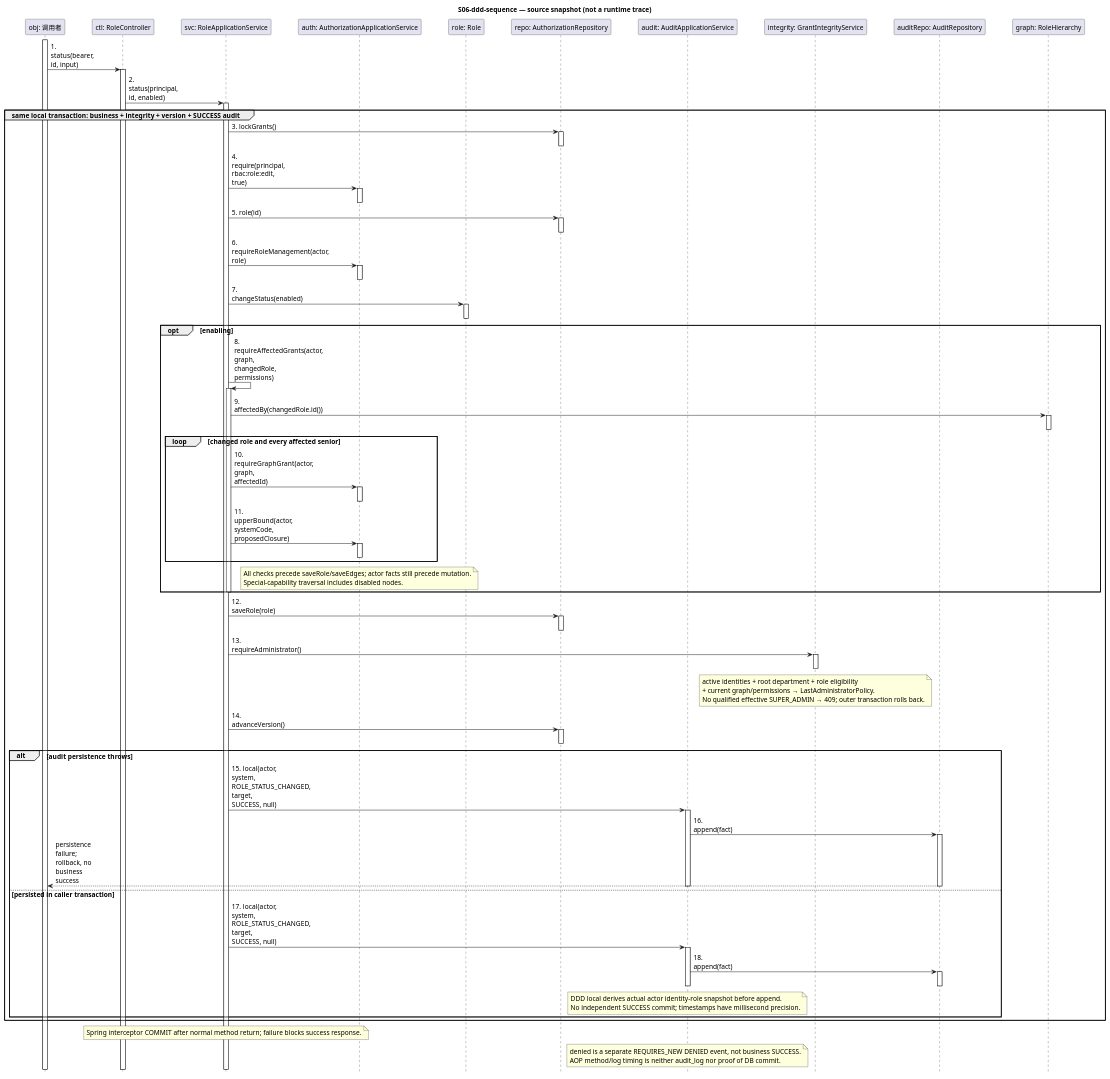
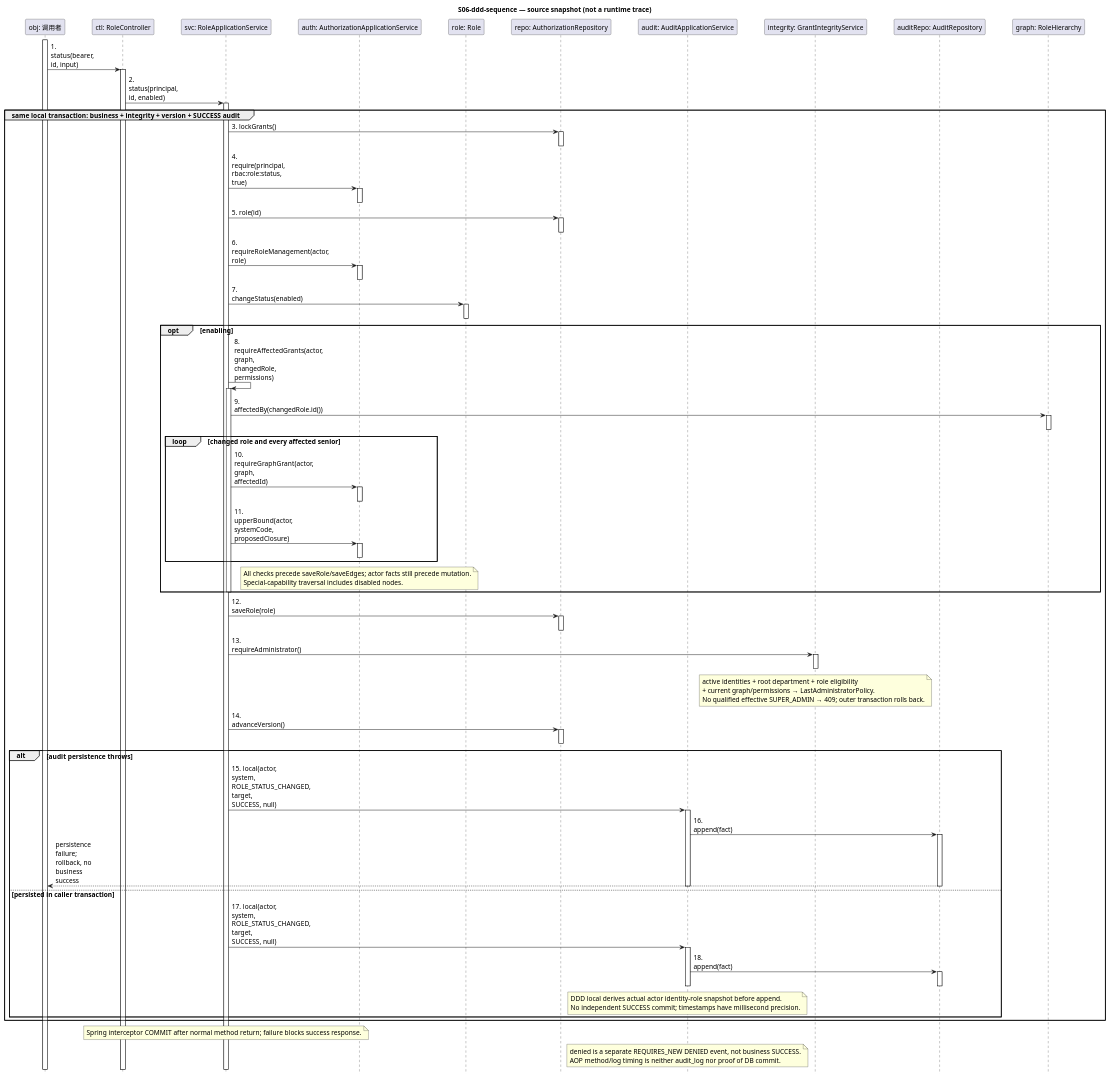
Before and after one commit to tang-new/OOAD: the diagram in docs/design/S06-ddd-sequence.puml, drawn with PlantUML. The commit also changed 26 other files, not shown here.

Commit message:
fix(rbac): separate role status permission

```diff
--- a/docs/design/S06-ddd-sequence.puml
+++ b/docs/design/S06-ddd-sequence.puml
@@ -1,106 +1,106 @@
 @startuml
 hide footbox
 skinparam defaultFontName Microsoft YaHei
 skinparam defaultFontSize 14
 skinparam ParticipantPadding 24
 skinparam BoxPadding 12
 skinparam sequenceMessageAlign left
 skinparam maxMessageSize 100
 title S06-ddd-sequence — source snapshot (not a runtime trace)
 participant "obj: 调用者" as obj
 participant "ctl: RoleController" as ctl
 participant "svc: RoleApplicationService" as svc
 participant "auth: AuthorizationApplicationService" as auth
 participant "role: Role" as role
 participant "repo: AuthorizationRepository" as repo
 participant "audit: AuditApplicationService" as audit
 participant "integrity: GrantIntegrityService" as integrity
 participant "auditRepo: AuditRepository" as auditRepo
 participant "graph: RoleHierarchy" as graph
 activate obj
 obj -> ctl: 1. status(bearer, id, input)
 activate ctl
 ctl -> svc: 2. status(principal, id, enabled)
 activate svc
 group same local transaction: business + integrity + version + SUCCESS audit
 svc -> repo: 3. lockGrants()
 activate repo
 deactivate repo
-svc -> auth: 4. require(principal, rbac:role:edit, true)
+svc -> auth: 4. require(principal, rbac:role:status, true)
 activate auth
 deactivate auth
 svc -> repo: 5. role(id)
 activate repo
 deactivate repo
 svc -> auth: 6. requireRoleManagement(actor, role)
 activate auth
 deactivate auth
 svc -> role: 7. changeStatus(enabled)
 activate role
 deactivate role
 opt enabling
 svc -> svc: 8. requireAffectedGrants(actor, graph, changedRole, permissions)
 activate svc
 svc -> graph: 9. affectedBy(changedRole.id())
 activate graph
 deactivate graph
 loop changed role and every affected senior
 svc -> auth: 10. requireGraphGrant(actor, graph, affectedId)
 activate auth
 deactivate auth
 svc -> auth: 11. upperBound(actor, systemCode, proposedClosure)
 activate auth
 deactivate auth
 end
 note over auth
 All checks precede saveRole/saveEdges; actor facts still precede mutation.
 Special-capability traversal includes disabled nodes.
 end note
 deactivate svc
 end
 svc -> repo: 12. saveRole(role)
 activate repo
 deactivate repo
 svc -> integrity: 13. requireAdministrator()
 activate integrity
 deactivate integrity
 note over integrity
 active identities + root department + role eligibility
 + current graph/permissions → LastAdministratorPolicy.
 No qualified effective SUPER_ADMIN → 409; outer transaction rolls back.
 end note
 svc -> repo: 14. advanceVersion()
 activate repo
 deactivate repo
 alt audit persistence throws
 svc -> audit: 15. local(actor, system, ROLE_STATUS_CHANGED, target, SUCCESS, null)
 activate audit
 audit -> auditRepo: 16. append(fact)
 activate auditRepo
 auditRepo --> obj: persistence failure; rollback, no business success
 deactivate auditRepo
 deactivate audit
 else persisted in caller transaction
 svc -> audit: 17. local(actor, system, ROLE_STATUS_CHANGED, target, SUCCESS, null)
 activate audit
 audit -> auditRepo: 18. append(fact)
 activate auditRepo
 deactivate auditRepo
 deactivate audit
 note over audit
 DDD local derives actual actor identity-role snapshot before append.
 No independent SUCCESS commit; timestamps have millisecond precision.
 end note
 end
 end
 note over svc
 Spring interceptor COMMIT after normal method return; failure blocks success response.
 end note
 note over audit
 denied is a separate REQUIRES_NEW DENIED event, not business SUCCESS.
 AOP method/log timing is neither audit_log nor proof of DB commit.
 end note
 deactivate svc
 deactivate ctl
 deactivate obj
 @enduml
```
